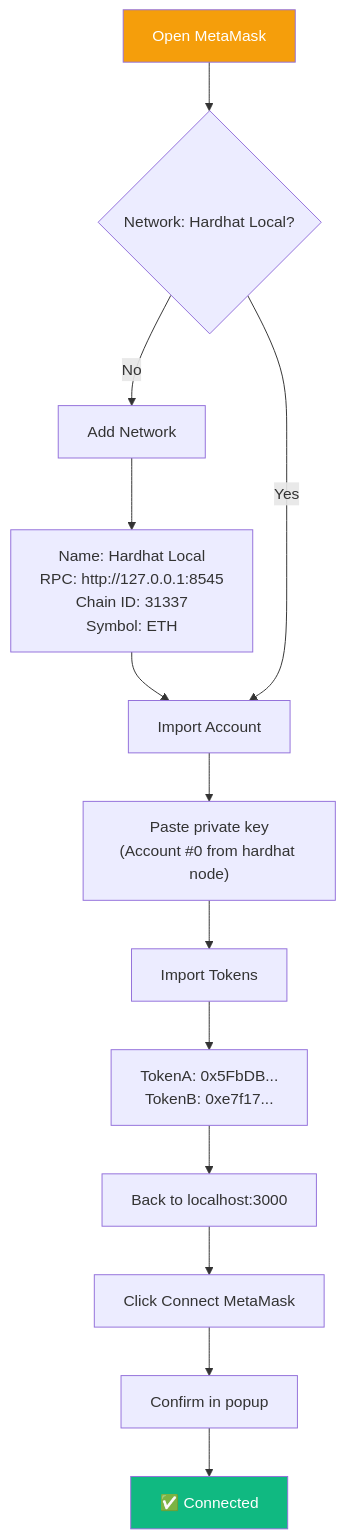
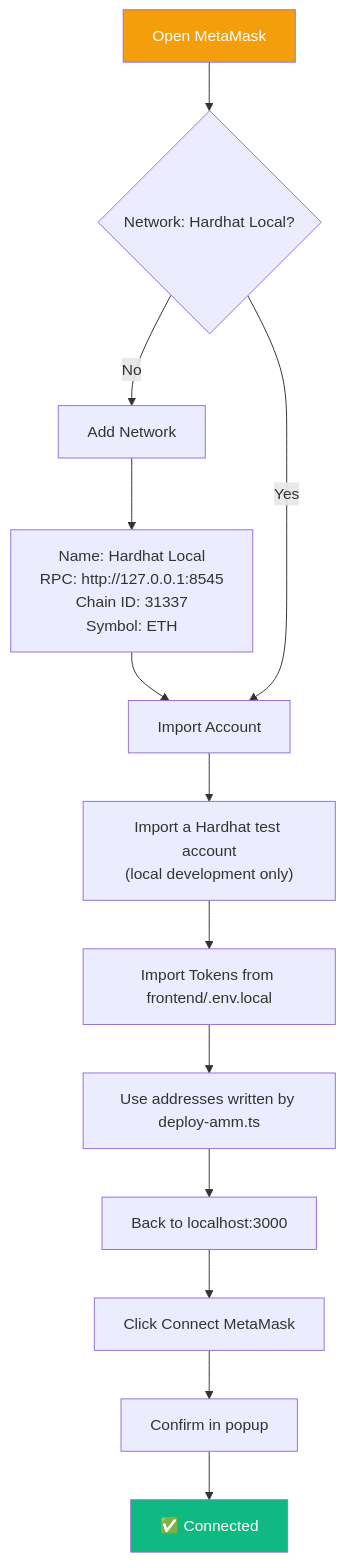
The eighth of 8 diagrams in README.md (kk666679/defi-amm), drawn with Mermaid before and after one commit. The commit also changed other lines of this file and 39 other files, not shown here.

````diff
--- a/README.md
+++ b/README.md
@@ -318,18 +333,18 @@
 ```mermaid
 flowchart TD
     A[Open MetaMask] --> B{Network: Hardhat Local?}
     B -->|No| C[Add Network]
     C --> C1["Name: Hardhat Local<br/>RPC: http://127.0.0.1:8545<br/>Chain ID: 31337<br/>Symbol: ETH"]
     C1 --> D[Import Account]
     B -->|Yes| D
-    D --> E["Paste private key<br/>(Account #0 from hardhat node)"]
-    E --> F[Import Tokens]
-    F --> F1["TokenA: 0x5FbDB...<br/>TokenB: 0xe7f17..."]
+    D --> E["Import a Hardhat test account<br/>(local development only)"]
+    E --> F[Import Tokens from frontend/.env.local]
+    F --> F1["Use addresses written by deploy-amm.ts"]
     F1 --> G[Back to localhost:3000]
     G --> H[Click Connect MetaMask]
     H --> I[Confirm in popup]
     I --> J[✅ Connected]
 
     style A fill:#f59e0b,color:#fff
     style J fill:#10b981,color:#fff
 ```
````
